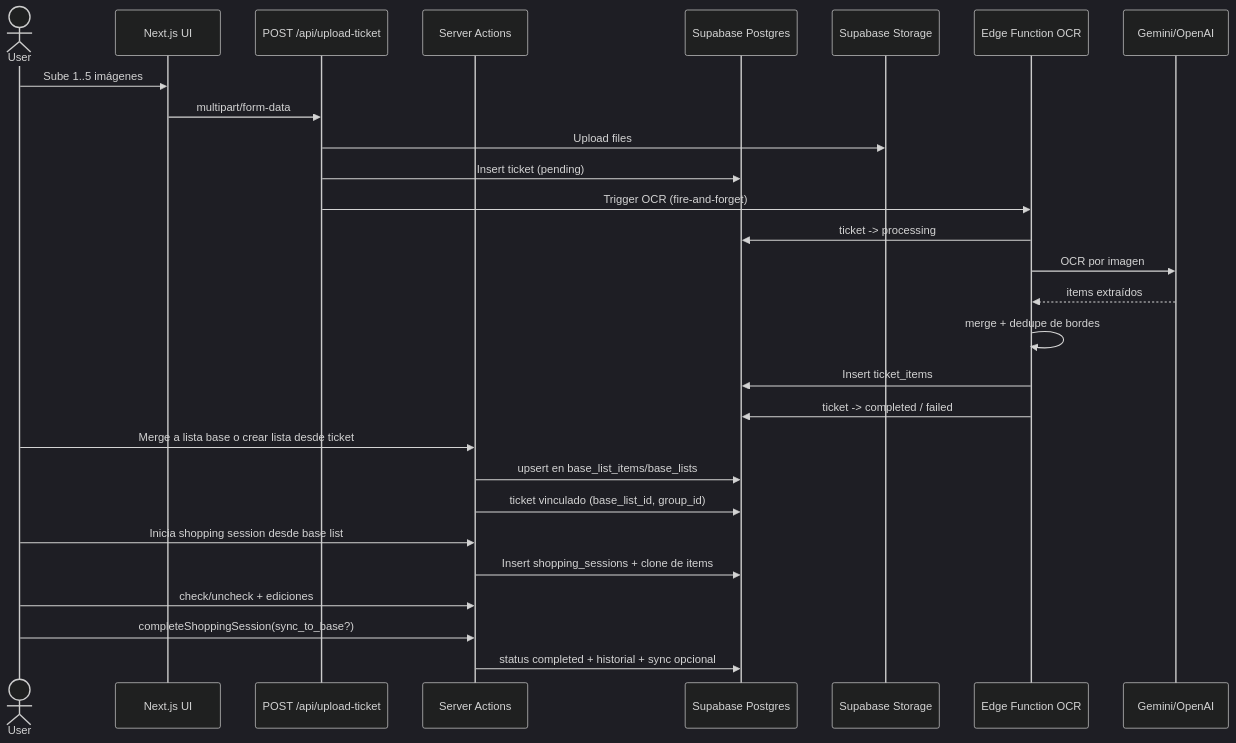
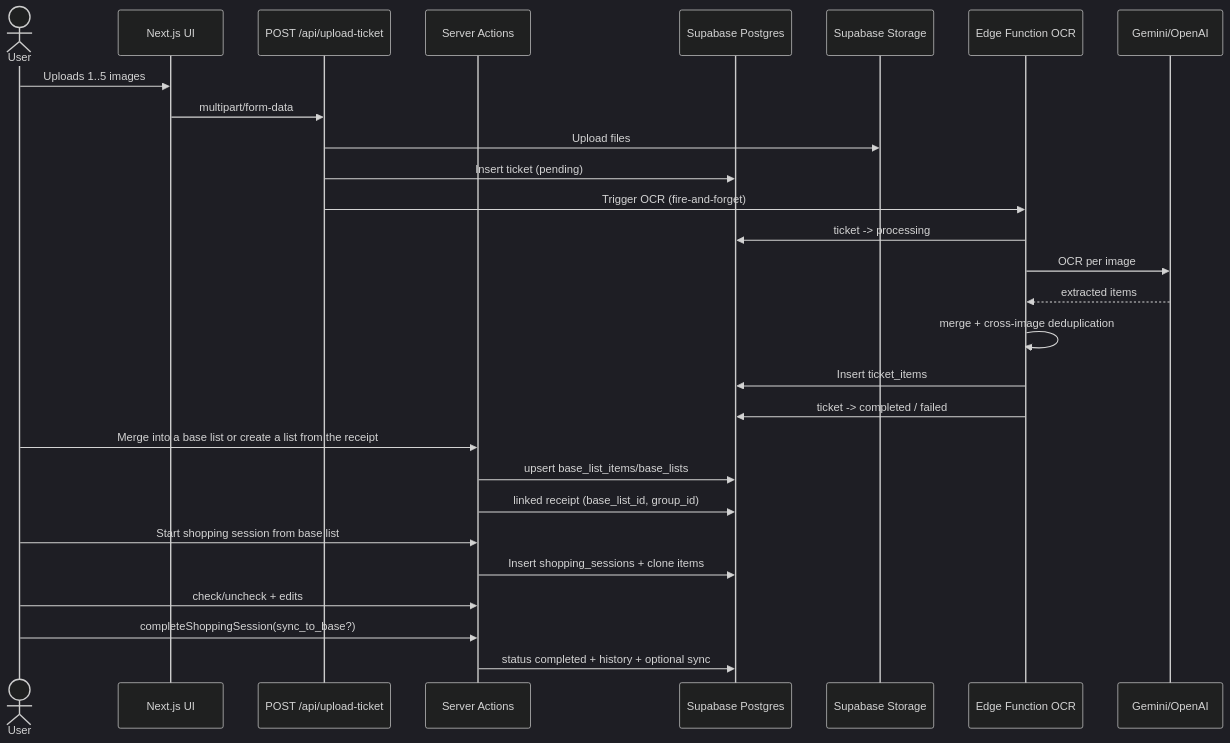
One commit to ljaviertovar/listys-web-app changed the fifth of 5 diagrams in docs/README.md. Above: the diagram before and after it, drawn with Mermaid (dark theme). The commit also changed other lines of this file and 292 other files, not shown here.

````diff
--- a/docs/README.md
+++ b/docs/README.md
@@ -366,34 +366,34 @@
 ```mermaid
 sequenceDiagram
     actor User
     participant UI as Next.js UI
     participant API as POST /api/upload-ticket
     participant SA as Server Actions
     participant DB as Supabase Postgres
     participant ST as Supabase Storage
     participant EF as Edge Function OCR
     participant AI as Gemini/OpenAI
 
-    User->>UI: Sube 1..5 imágenes
+    User->>UI: Uploads 1..5 images
     UI->>API: multipart/form-data
     API->>ST: Upload files
     API->>DB: Insert ticket (pending)
     API->>EF: Trigger OCR (fire-and-forget)
 
     EF->>DB: ticket -> processing
-    EF->>AI: OCR por imagen
-    AI-->>EF: items extraídos
-    EF->>EF: merge + dedupe de bordes
+    EF->>AI: OCR per image
+    AI-->>EF: extracted items
+    EF->>EF: merge + cross-image deduplication
     EF->>DB: Insert ticket_items
     EF->>DB: ticket -> completed / failed
 
-    User->>SA: Merge a lista base o crear lista desde ticket
-    SA->>DB: upsert en base_list_items/base_lists
-    SA->>DB: ticket vinculado (base_list_id, group_id)
+    User->>SA: Merge into a base list or create a list from the receipt
+    SA->>DB: upsert base_list_items/base_lists
+    SA->>DB: linked receipt (base_list_id, group_id)
 
-    User->>SA: Inicia shopping session desde base list
-    SA->>DB: Insert shopping_sessions + clone de items
-    User->>SA: check/uncheck + ediciones
+    User->>SA: Start shopping session from base list
+    SA->>DB: Insert shopping_sessions + clone items
+    User->>SA: check/uncheck + edits
     User->>SA: completeShoppingSession(sync_to_base?)
-    SA->>DB: status completed + historial + sync opcional
+    SA->>DB: status completed + history + optional sync
 ```
````
